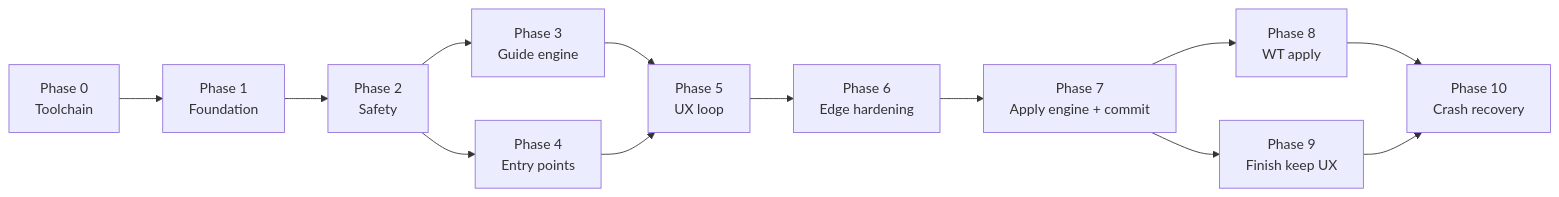
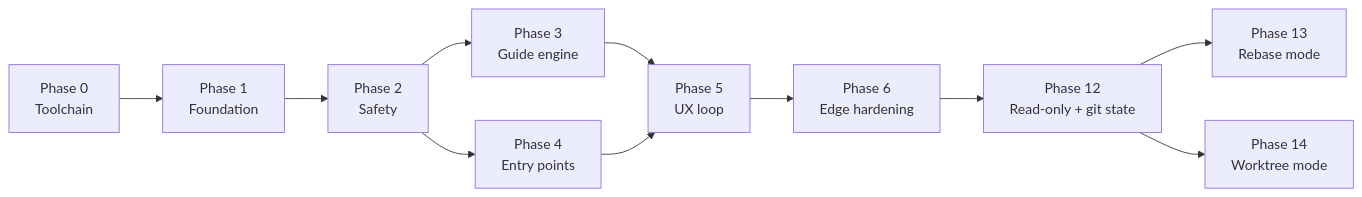
Before and after one commit to artalar/review-guider: the diagram in work-docs/progress/plan.md, drawn with Mermaid. The commit also changed other lines of this file and 70 other files, not shown here.

````diff
--- a/work-docs/progress/plan.md
+++ b/work-docs/progress/plan.md
@@ -14,15 +14,13 @@
 ```mermaid
 flowchart LR
   P0[Phase 0<br/>Toolchain] --> P1[Phase 1<br/>Foundation]
   P1 --> P2[Phase 2<br/>Safety]
   P2 --> P3[Phase 3<br/>Guide engine]
   P2 --> P4[Phase 4<br/>Entry points]
   P3 --> P5[Phase 5<br/>UX loop]
   P4 --> P5
   P5 --> P6[Phase 6<br/>Edge hardening]
-  P6 --> P7[Phase 7<br/>Apply engine + commit]
-  P7 --> P8[Phase 8<br/>WT apply]
-  P7 --> P9[Phase 9<br/>Finish keep UX]
-  P8 --> P10[Phase 10<br/>Crash recovery]
-  P9 --> P10
+  P6 --> P12[Phase 12<br/>Read-only + git state]
+  P12 --> P13[Phase 13<br/>Rebase mode]
+  P12 --> P14[Phase 14<br/>Worktree mode]
 ```
````
